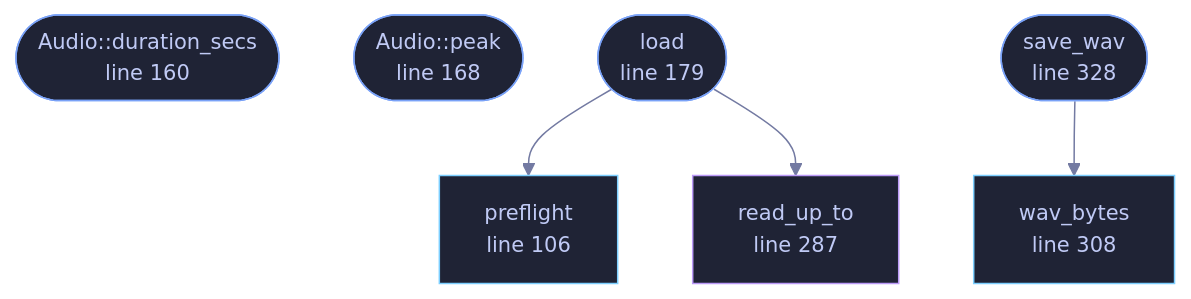
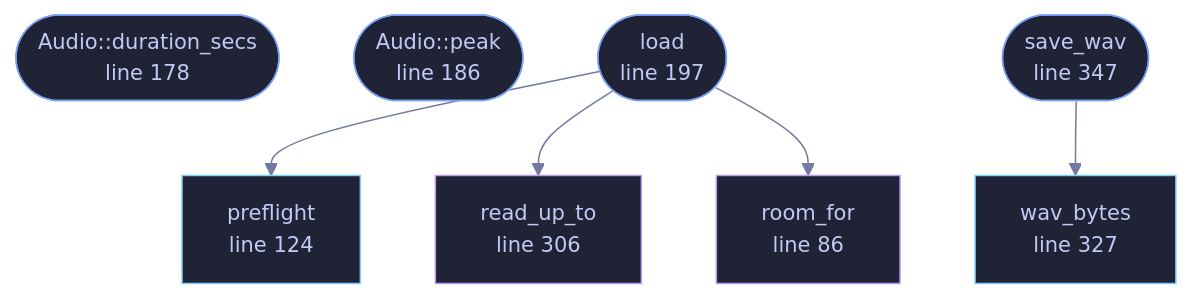
One commit to tilas01/veilvoice changed the diagram in docs/files/veilvoice-audio/io.md. Above: the diagram before and after it, drawn with Mermaid. The commit also changed other lines of this file and 82 other files, not shown here.

````diff
--- a/docs/files/veilvoice-audio/io.md
+++ b/docs/files/veilvoice-audio/io.md
@@ -111,27 +111,30 @@
 ```mermaid
 %%{init: {"theme":"base","themeVariables":{"background":"#1a1b26","primaryColor":"#1f2335","primaryTextColor":"#c0caf5","primaryBorderColor":"#7aa2f7","secondaryColor":"#16161e","tertiaryColor":"#16161e","lineColor":"#737aa2","textColor":"#c0caf5","mainBkg":"#1f2335","nodeBorder":"#7aa2f7","clusterBkg":"#16161e","clusterBorder":"#2f3549","fontFamily":"ui-monospace, SFMono-Regular, Consolas, monospace","fontSize":"14px"}}}%%
 flowchart TD
-    n_preflight["preflight<br/>line 106"]
-    n_duration_secs(["Audio::duration_secs<br/>line 160"])
-    n_peak(["Audio::peak<br/>line 168"])
-    n_load(["load<br/>line 179"])
-    n_read_up_to["read_up_to<br/>line 287"]
-    n_wav_bytes["wav_bytes<br/>line 308"]
-    n_save_wav(["save_wav<br/>line 328"])
+    n_room_for["room_for<br/>line 86"]
+    n_preflight["preflight<br/>line 124"]
+    n_duration_secs(["Audio::duration_secs<br/>line 178"])
+    n_peak(["Audio::peak<br/>line 186"])
+    n_load(["load<br/>line 197"])
+    n_read_up_to["read_up_to<br/>line 306"]
+    n_wav_bytes["wav_bytes<br/>line 327"]
+    n_save_wav(["save_wav<br/>line 347"])
     n_load --> n_preflight
     n_load --> n_read_up_to
+    n_load --> n_room_for
     n_save_wav --> n_wav_bytes
-    click n_preflight href "https://github.com/tilas01/veilvoice/blob/main/crates/veilvoice-audio/src/io.rs#L106" "open the source"
-    click n_duration_secs href "https://github.com/tilas01/veilvoice/blob/main/crates/veilvoice-audio/src/io.rs#L160" "open the source"
-    click n_peak href "https://github.com/tilas01/veilvoice/blob/main/crates/veilvoice-audio/src/io.rs#L168" "open the source"
-    click n_load href "https://github.com/tilas01/veilvoice/blob/main/crates/veilvoice-audio/src/io.rs#L179" "open the source"
-    click n_read_up_to href "https://github.com/tilas01/veilvoice/blob/main/crates/veilvoice-audio/src/io.rs#L287" "open the source"
-    click n_wav_bytes href "https://github.com/tilas01/veilvoice/blob/main/crates/veilvoice-audio/src/io.rs#L308" "open the source"
-    click n_save_wav href "https://github.com/tilas01/veilvoice/blob/main/crates/veilvoice-audio/src/io.rs#L328" "open the source"
+    click n_room_for href "https://github.com/tilas01/veilvoice/blob/main/crates/veilvoice-audio/src/io.rs#L86" "open the source"
+    click n_preflight href "https://github.com/tilas01/veilvoice/blob/main/crates/veilvoice-audio/src/io.rs#L124" "open the source"
+    click n_duration_secs href "https://github.com/tilas01/veilvoice/blob/main/crates/veilvoice-audio/src/io.rs#L178" "open the source"
+    click n_peak href "https://github.com/tilas01/veilvoice/blob/main/crates/veilvoice-audio/src/io.rs#L186" "open the source"
+    click n_load href "https://github.com/tilas01/veilvoice/blob/main/crates/veilvoice-audio/src/io.rs#L197" "open the source"
+    click n_read_up_to href "https://github.com/tilas01/veilvoice/blob/main/crates/veilvoice-audio/src/io.rs#L306" "open the source"
+    click n_wav_bytes href "https://github.com/tilas01/veilvoice/blob/main/crates/veilvoice-audio/src/io.rs#L327" "open the source"
+    click n_save_wav href "https://github.com/tilas01/veilvoice/blob/main/crates/veilvoice-audio/src/io.rs#L347" "open the source"
     classDef entry fill:#1f2335,stroke:#7aa2f7,color:#c0caf5
     class n_duration_secs,n_peak,n_load,n_save_wav entry
     classDef api fill:#1f2335,stroke:#7dcfff,color:#c0caf5
     class n_preflight,n_wav_bytes api
     classDef helper fill:#1f2335,stroke:#bb9af7,color:#c0caf5
-    class n_read_up_to helper
+    class n_room_for,n_read_up_to helper
 ```
````
